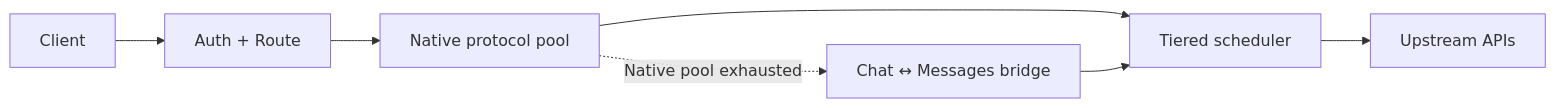
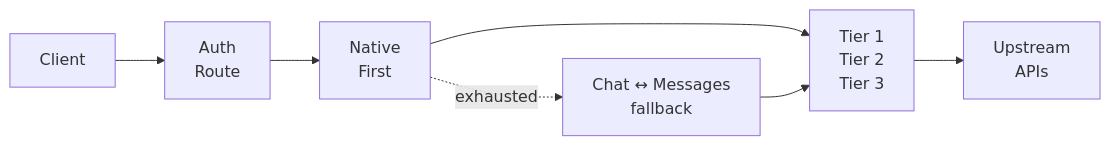
The diagram in README.md (fongap/ai-gateway), drawn with Mermaid before and after one commit.

````diff
--- a/README.md
+++ b/README.md
@@ -45,9 +45,10 @@
 ```mermaid
 flowchart LR
-    A[Client] --> B[Auth + Route]
-    B --> C[Native protocol pool]
-    C --> D[Tiered scheduler]
-    D --> E[Upstream APIs]
-    C -. Native pool exhausted .-> F[Chat ↔ Messages bridge]
+    A[Client] --> B["Auth<br/>Route"]
+    B --> C["Native<br/>First"]
+    C --> D["Tier 1<br/>Tier 2<br/>Tier 3"]
+    D --> E["Upstream<br/>APIs"]
+
+    C -. exhausted .-> F["Chat ↔ Messages<br/>fallback"]
     F --> D
 ```
````
